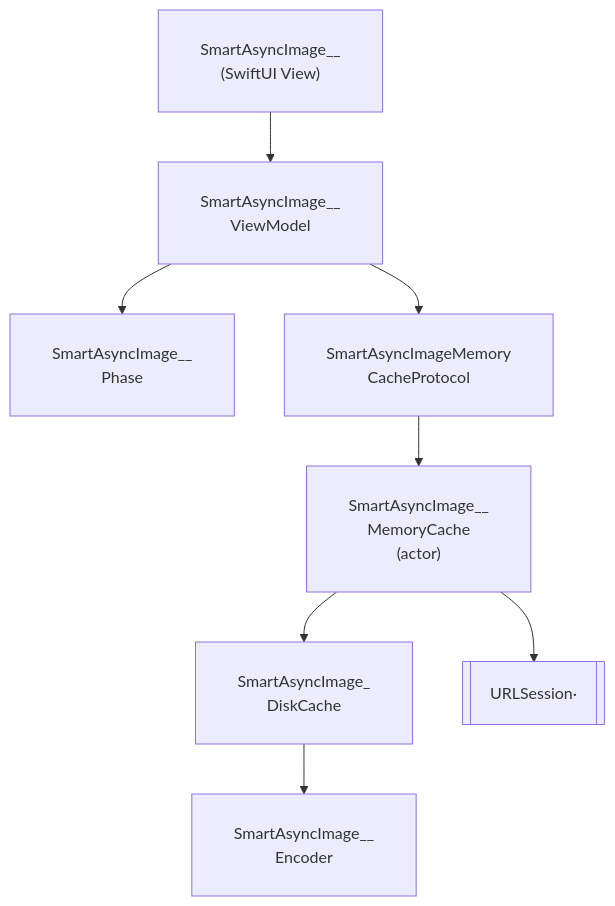
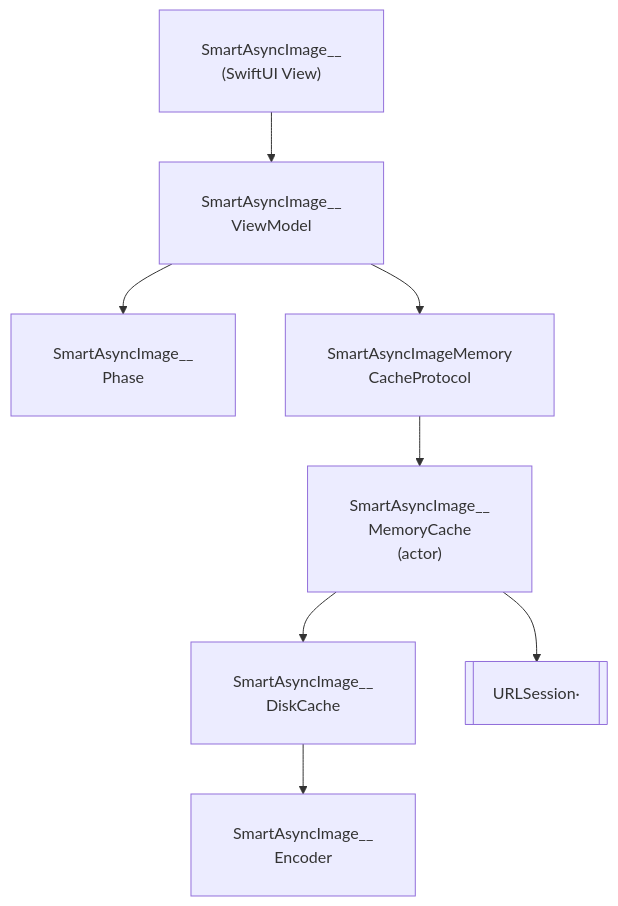
Before and after one commit to gentle-giraffe-apps/SmartAsyncImage: the diagram in README.md, drawn with Mermaid.

````diff
--- a/README.md
+++ b/README.md
@@ -86,10 +86,10 @@
 ```mermaid
 flowchart TD
     SAI["<div style='padding:12px 12px; white-space:nowrap;'>SmartAsyncImage__<br/>(SwiftUI View)</div>"] --> VM["<div style='padding:12px 12px; white-space:nowrap;'>SmartAsyncImage__<br/>ViewModel</div>"]
     VM --> Phase["<div style='padding:12px 12px; white-space:nowrap;'>SmartAsyncImage__<br/>Phase</div>"]
     VM --> MemProto["<div style='padding:12px 12px; white-space:nowrap;'>SmartAsyncImageMemory<br/>CacheProtocol</div>"]
     MemProto --> Mem["<div style='padding:12px 12px; white-space:nowrap;'>SmartAsyncImage__<br/>MemoryCache<br/>(actor)</div>"]
-    Mem --> Disk["<div style='padding:12px 12px; white-space:nowrap;'>SmartAsyncImage_<br/>DiskCache</div>"]
+    Mem --> Disk["<div style='padding:12px 12px; white-space:nowrap;'>SmartAsyncImage__<br/>DiskCache</div>"]
     Disk --> Encoder["<div style='padding:12px 12px; white-space:nowrap;'>SmartAsyncImage__<br/>Encoder</div>"]
     Mem --> URLSession[["<div style='padding:12px 12px; white-space:nowrap;'>URLSession·</div>"]]
 ```
````
